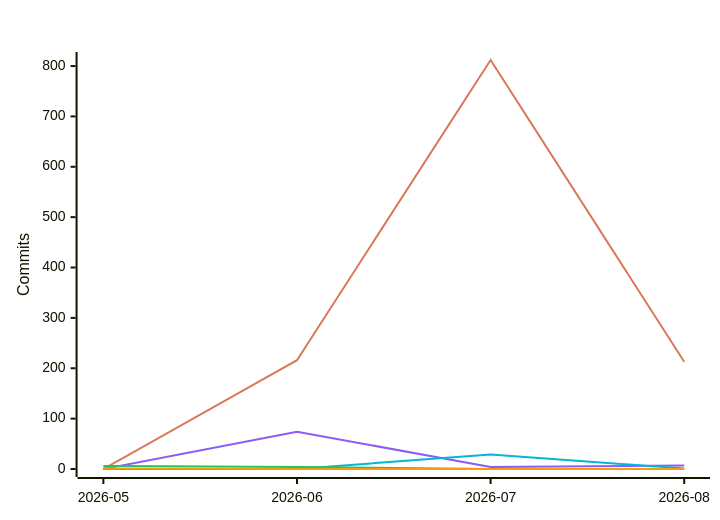
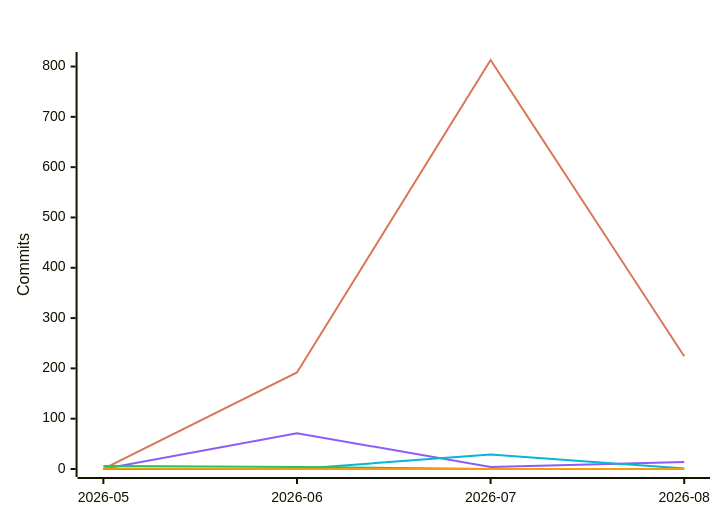
Before and after one commit to polo-nyan/polo-nyan: the fifth of 7 diagrams in README.md, drawn with Mermaid. The commit also changed other lines of this file and 1 other file, not shown here.

````diff
--- a/README.md
+++ b/README.md
@@ -313,12 +313,12 @@
 ```mermaid
 %%{init: {"xyChart": {"titleColor": "#ffffff", "xAxisLabelColor": "#ffffff", "yAxisLabelColor": "#ffffff"}, "themeVariables": {"xyChart": {"titleColor": "#ffffff", "plotColorPalette": "#d97757, #8b5cf6, #06b6d4, #22c55e, #f59e0b, #ec4899"}}}}%%
 xychart-beta
     title "Commits Per Month by Model Family"
     x-axis ["2026-05", "2026-06", "2026-07", "2026-08"]
     y-axis "Commits"
-    line [0, 216, 812, 213]
-    line [0, 74, 4, 7]
+    line [0, 192, 813, 224]
+    line [0, 71, 4, 14]
     line [0, 0, 29, 1]
     line [6, 4, 0, 0]
     line [1, 0, 0, 0]
 ```
````
